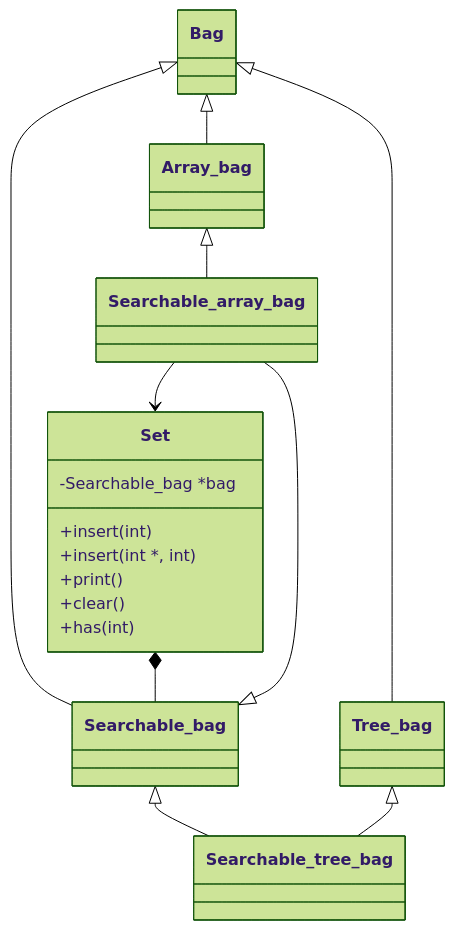
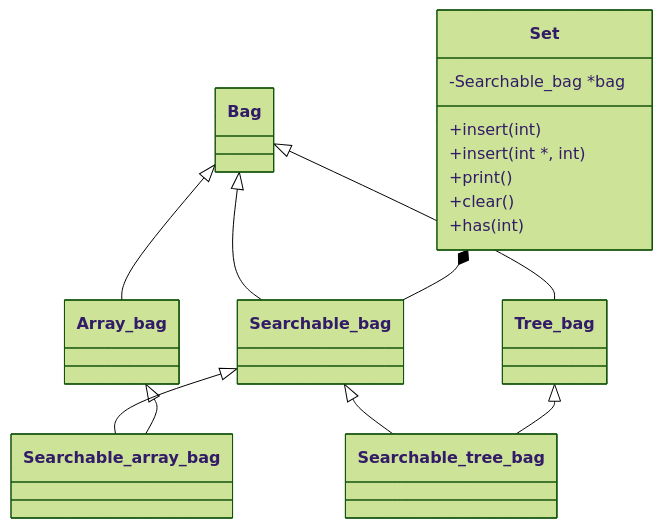
The diagram in l0/polyset/README.md (luismiguelcasadodiaz/Exam_rank_05), drawn with Mermaid (forest theme) before and after one commit.

````diff
--- a/l0/polyset/README.md
+++ b/l0/polyset/README.md
@@ -16,26 +16,25 @@
 ```mermaid
 classDiagram
   class Bag
   class Array_bag
   class Tree_bag
   class Searchable_bag
   class Searchable_array_bag
   class Searchable_tree_bag
   class Set
   Set : -Searchable_bag *bag
   Set : +insert(int)
   Set : +insert(int *, int)
   Set : +print()
   Set : +clear()
   Set : +has(int)
   Bag <|-- Array_bag
   Bag <|-- Tree_bag
   Bag <|-- Searchable_bag
   Searchable_bag <|-- Searchable_tree_bag
   Searchable_bag <|-- Searchable_array_bag
   Tree_bag <|-- Searchable_tree_bag
   Array_bag <|-- Searchable_array_bag
   Set *-- Searchable_bag
-  %% plot Set after Searchable_tree_bag
-  Searchable_array_bag --> Set
+  %% This is a comment
 ```
````
